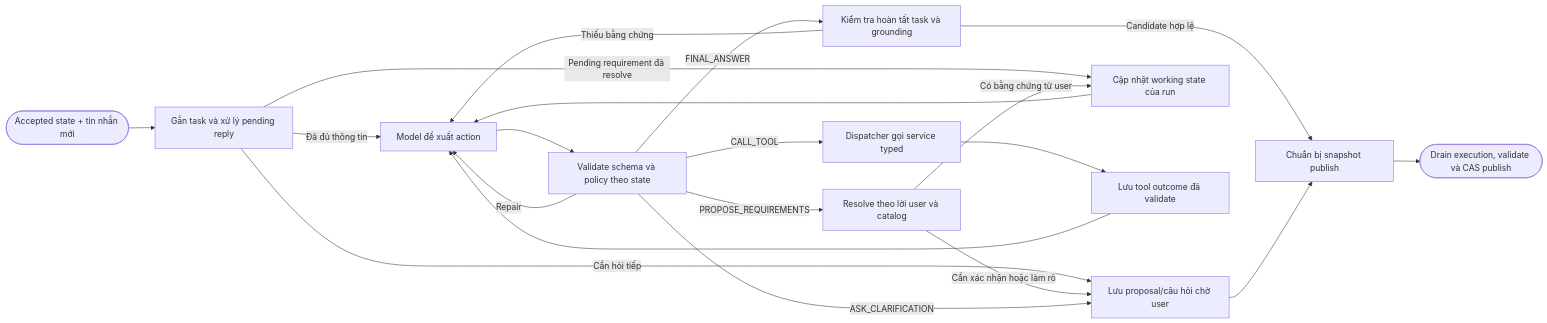
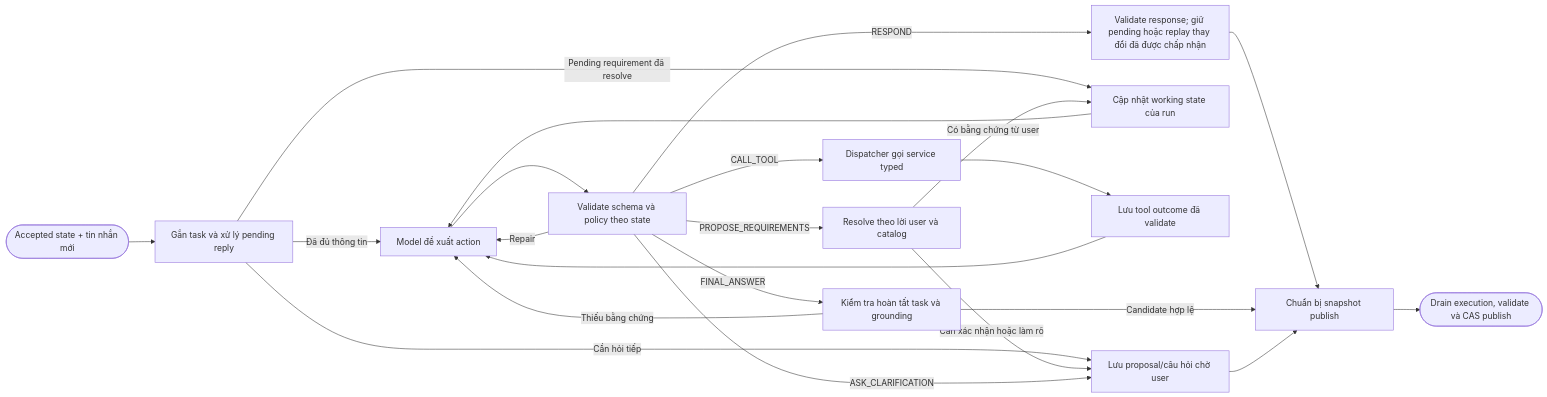
The fourth of 4 diagrams in 02-architecture/ai-architecture.md (pc-shopping-assistant-org/docs), drawn with Mermaid before and after one commit. The commit also changed other lines of this file and 10 other files, not shown here.

````diff
--- a/02-architecture/ai-architecture.md
+++ b/02-architecture/ai-architecture.md
@@ -271,22 +271,24 @@
 ```mermaid
 flowchart LR
   START([Accepted state + tin nhắn mới]) --> BIND[Gắn task và xử lý pending reply]
   BIND -->|Đã đủ thông tin| AGENT[Model đề xuất action]
   BIND -->|Cần hỏi tiếp| ASK[Lưu proposal/câu hỏi chờ user]
   BIND -->|Pending requirement đã resolve| WORK[Cập nhật working state của run]
   WORK --> AGENT
   AGENT --> CHECK[Validate schema và policy theo state]
   CHECK -->|Repair| AGENT
   CHECK -->|CALL_TOOL| TOOL[Dispatcher gọi service typed]
   TOOL --> LEDGER[Lưu tool outcome đã validate]
   LEDGER --> AGENT
   CHECK -->|PROPOSE_REQUIREMENTS| RESOLVE[Resolve theo lời user và catalog]
   RESOLVE -->|Có bằng chứng từ user| WORK
   RESOLVE -->|Cần xác nhận hoặc làm rõ| ASK[Lưu proposal/câu hỏi chờ user]
   CHECK -->|ASK_CLARIFICATION| ASK
   CHECK -->|FINAL_ANSWER| VALIDATE[Kiểm tra hoàn tất task và grounding]
+  CHECK -->|RESPOND| RESPONSE[Validate response; giữ pending hoặc replay thay đổi đã được chấp nhận]
+  RESPONSE --> PREPARE
   VALIDATE -->|Thiếu bằng chứng| AGENT
   VALIDATE -->|Candidate hợp lệ| PREPARE[Chuẩn bị snapshot publish]
   ASK --> PREPARE
   PREPARE --> END([Drain execution, validate và CAS publish])
 ```
````
